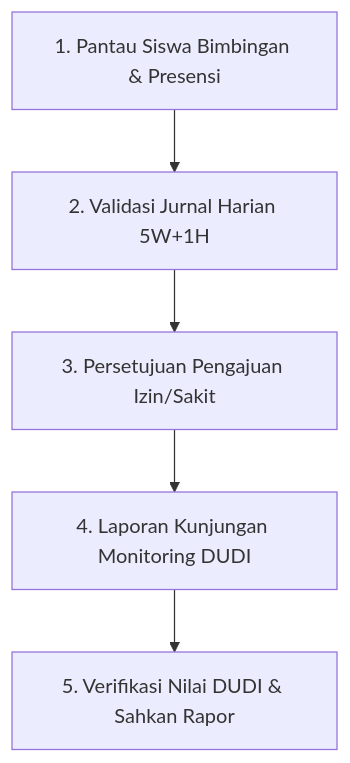
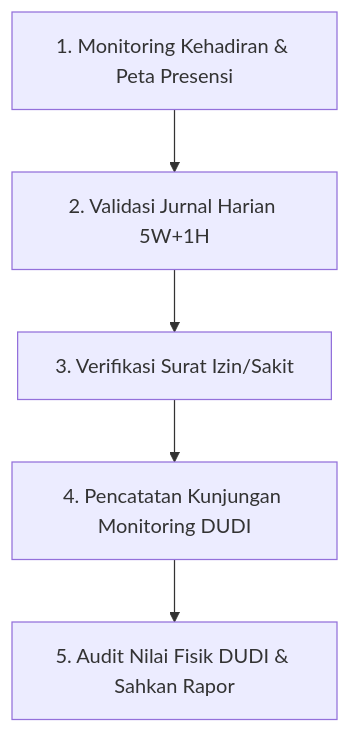
The third of 4 diagrams in alur kerja.md (luphihart/pklku), drawn with Mermaid before and after one commit. The commit also changed other lines of this file and 1 other file, not shown here.

````diff
--- a/alur kerja.md
+++ b/alur kerja.md
@@ -94,7 +112,7 @@
 ```mermaid
 flowchart TD
-    G1[1. Pantau Siswa Bimbingan & Presensi] --> G2[2. Validasi Jurnal Harian 5W+1H]
-    G2 --> G3[3. Persetujuan Pengajuan Izin/Sakit]
-    G3 --> G4[4. Laporan Kunjungan Monitoring DUDI]
-    G4 --> G5[5. Verifikasi Nilai DUDI & Sahkan Rapor]
+    G1[1. Monitoring Kehadiran & Peta Presensi] --> G2[2. Validasi Jurnal Harian 5W+1H]
+    G2 --> G3[3. Verifikasi Surat Izin/Sakit]
+    G3 --> G4[4. Pencatatan Kunjungan Monitoring DUDI]
+    G4 --> G5[5. Audit Nilai Fisik DUDI & Sahkan Rapor]
 ```
````
